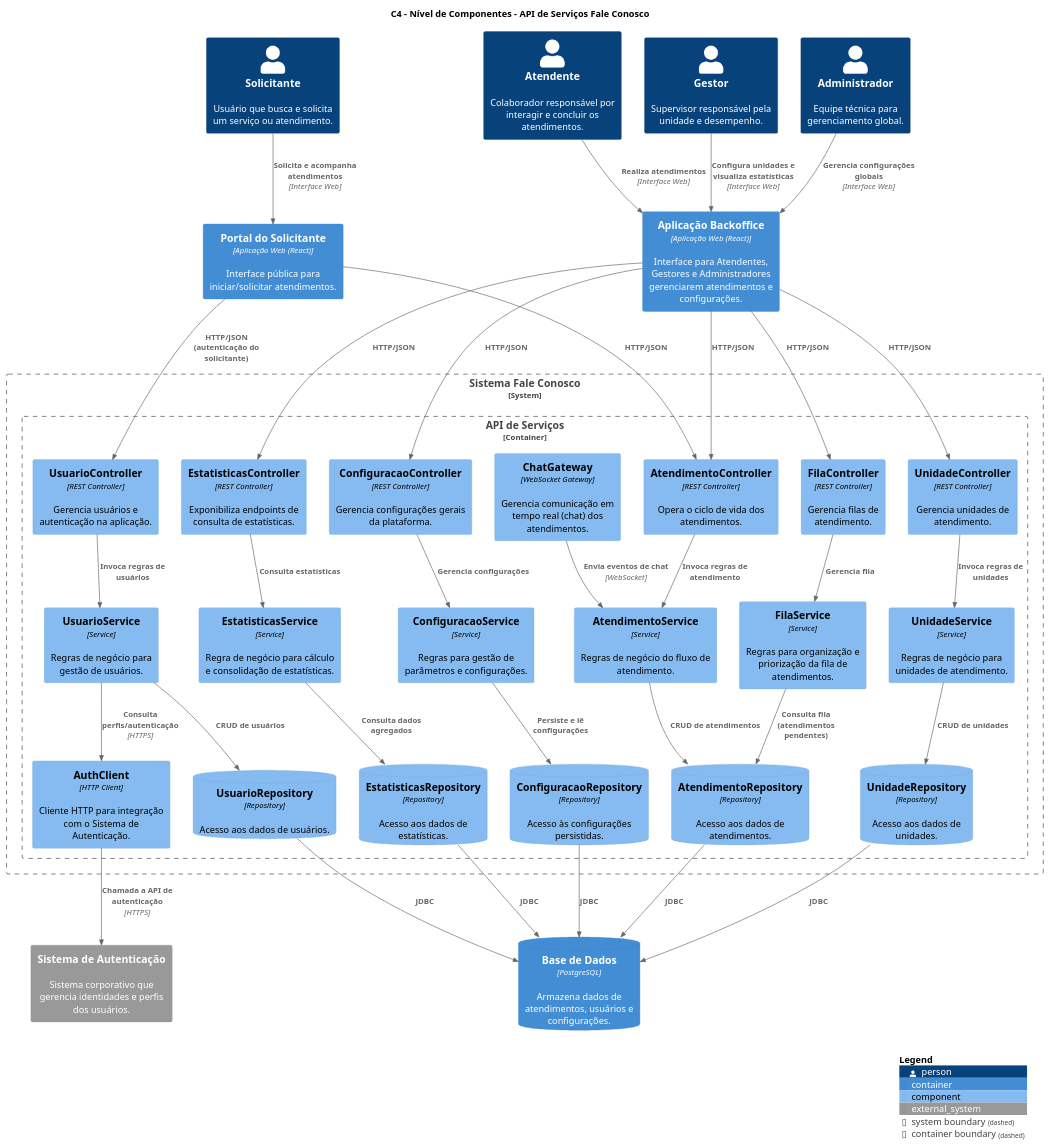
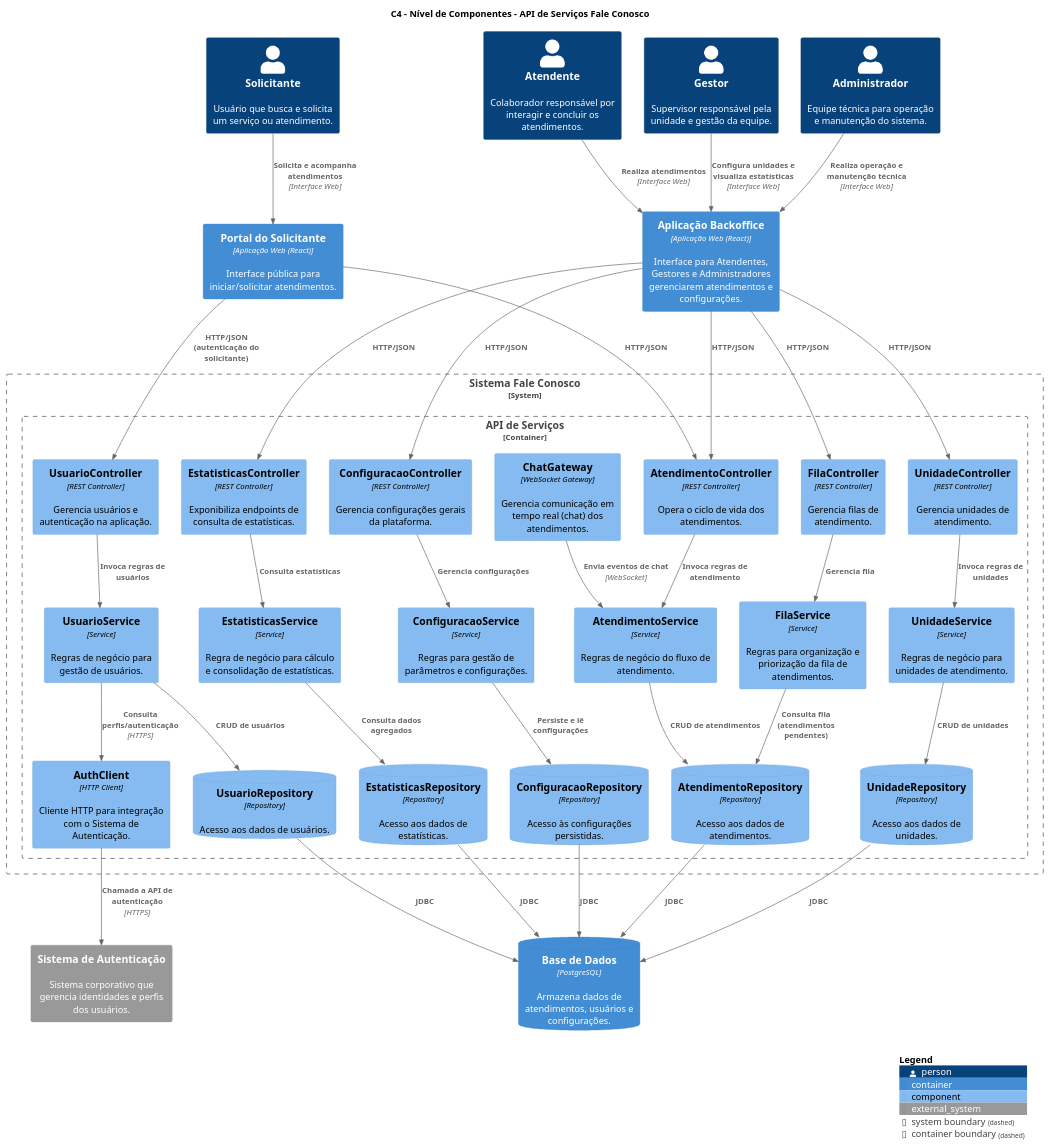
Before and after one commit to DeMesquita/Projeto-Software: the diagram in Trabalho Final/diagrama_componentes.puml, drawn with PlantUML. The commit also changed 4 other files, not shown here.

```diff
--- a/Trabalho Final/diagrama_componentes.puml
+++ b/Trabalho Final/diagrama_componentes.puml
@@ -1,107 +1,105 @@
 @startuml FaleConosco - Componentes
 
 title C4 - Nível de Componentes - API de Serviços Fale Conosco
 
 ' Usa a biblioteca C4 já embutida no PlantUML
 !include <C4/C4_Component.puml>
 
-' -------------------------------------------------------------------
-' Atores e sistemas externos (para manter coerência com o container)
-' -------------------------------------------------------------------
+' Pessoas
 Person(solicitante, "Solicitante", "Usuário que busca e solicita um serviço ou atendimento.")
-Person(atendente,  "Atendente",  "Colaborador responsável por interagir e concluir os atendimentos.")
-Person(gestor,     "Gestor",     "Supervisor responsável pela unidade e desempenho.")
-Person(admin,      "Administrador", "Equipe técnica para gerenciamento global.")
+Person(atendente, "Atendente", "Colaborador responsável por interagir e concluir os atendimentos.")
+Person(gestor, "Gestor", "Supervisor responsável pela unidade e gestão da equipe.")
+Person(admin, "Administrador", "Equipe técnica para operação e manutenção do sistema.")
 
 System_Ext(auth_system, "Sistema de Autenticação", "Sistema corporativo que gerencia identidades e perfis dos usuários.")
 
 ' Containers já existentes no nível de contêineres
 Container(portal_solic,   "Portal do Solicitante", "Aplicação Web (React)", "Interface pública para iniciar/solicitar atendimentos.")
 Container(app_backoffice, "Aplicação Backoffice",  "Aplicação Web (React)", "Interface para Atendentes, Gestores e Administradores gerenciarem atendimentos e configurações.")
 ContainerDb(db,           "Base de Dados", "PostgreSQL", "Armazena dados de atendimentos, usuários e configurações.")
 
 ' -------------------------------------------------------------------
 ' Zoom no container da API de Serviços (nível de componentes)
 ' -------------------------------------------------------------------
 System_Boundary(faleconosco, "Sistema Fale Conosco") {
 
     Container_Boundary(api, "API de Serviços", "Aplicação Java (REST)", "Expõe a lógica de negócio, gerencia filas e integrações.") {
 
         ' Camada de Controllers (entrada HTTP)
         Component(estatisticasController, "EstatisticasController", "REST Controller", "Exponibiliza endpoints de consulta de estatísticas.")
         Component(configuracaoController, "ConfiguracaoController", "REST Controller", "Gerencia configurações gerais da plataforma.")
         Component(filaController,         "FilaController", "REST Controller", "Gerencia filas de atendimento.")
         Component(usuarioController,      "UsuarioController", "REST Controller", "Gerencia usuários e autenticação na aplicação.")
         Component(unidadeController,      "UnidadeController", "REST Controller", "Gerencia unidades de atendimento.")
         Component(atendimentoController,  "AtendimentoController", "REST Controller", "Opera o ciclo de vida dos atendimentos.")
 
         ' Camada de Services (regras de negócio)
         Component(estatisticasService, "EstatisticasService", "Service", "Regra de negócio para cálculo e consolidação de estatísticas.")
         Component(configuracaoService, "ConfiguracaoService", "Service", "Regras para gestão de parâmetros e configurações.")
         Component(filaService,         "FilaService", "Service", "Regras para organização e priorização da fila de atendimentos.")
         Component(usuarioService,      "UsuarioService", "Service", "Regras de negócio para gestão de usuários.")
         Component(unidadeService,      "UnidadeService", "Service", "Regras de negócio para unidades de atendimento.")
         Component(atendimentoService,  "AtendimentoService", "Service", "Regras de negócio do fluxo de atendimento.")
         Component(authClient,          "AuthClient", "HTTP Client", "Cliente HTTP para integração com o Sistema de Autenticação.")
         Component(chatGateway,         "ChatGateway", "WebSocket Gateway", "Gerencia comunicação em tempo real (chat) dos atendimentos.")
 
         ' Camada de Repositórios (persistência)
         ComponentDb(estatisticasRepository, "EstatisticasRepository", "Repository", "Acesso aos dados de estatísticas.")
         ComponentDb(configuracaoRepository, "ConfiguracaoRepository", "Repository", "Acesso às configurações persistidas.")
         ComponentDb(atendimentoRepository,  "AtendimentoRepository", "Repository", "Acesso aos dados de atendimentos.")
         ComponentDb(usuarioRepository,      "UsuarioRepository", "Repository", "Acesso aos dados de usuários.")
         ComponentDb(unidadeRepository,      "UnidadeRepository", "Repository", "Acesso aos dados de unidades.")
     }
 }
 
 ' -------------------------------------------------------------------
 ' Relações entre containers e componentes
 ' -------------------------------------------------------------------
 
 ' Usuários -> containers de interface
 Rel(solicitante, portal_solic, "Solicita e acompanha atendimentos", "Interface Web")
 Rel(atendente,  app_backoffice, "Realiza atendimentos", "Interface Web")
 Rel(gestor,     app_backoffice, "Configura unidades e visualiza estatísticas", "Interface Web")
-Rel(admin,      app_backoffice, "Gerencia configurações globais", "Interface Web")
+Rel(admin,      app_backoffice, "Realiza operação e manutenção técnica", "Interface Web")
 
 ' Portais chamando controllers da API
 Rel(portal_solic,   atendimentoController, "HTTP/JSON")
 Rel(portal_solic,   usuarioController,     "HTTP/JSON (autenticação do solicitante)")
 Rel(app_backoffice, atendimentoController, "HTTP/JSON")
 Rel(app_backoffice, filaController,        "HTTP/JSON")
 Rel(app_backoffice, unidadeController,     "HTTP/JSON")
 Rel(app_backoffice, estatisticasController,"HTTP/JSON")
 Rel(app_backoffice, configuracaoController,"HTTP/JSON")
 
 ' Controllers -> Services
 Rel(atendimentoController,  atendimentoService, "Invoca regras de atendimento")
 Rel(filaController,         filaService,        "Gerencia fila")
 Rel(unidadeController,      unidadeService,     "Invoca regras de unidades")
 Rel(usuarioController,      usuarioService,     "Invoca regras de usuários")
 Rel(estatisticasController, estatisticasService,"Consulta estatísticas")
 Rel(configuracaoController, configuracaoService,"Gerencia configurações")
 
 ' Services -> Repositórios
 Rel(atendimentoService,  atendimentoRepository,  "CRUD de atendimentos")
 Rel(filaService,         atendimentoRepository,  "Consulta fila (atendimentos pendentes)")
 Rel(unidadeService,      unidadeRepository,      "CRUD de unidades")
 Rel(usuarioService,      usuarioRepository,      "CRUD de usuários")
 Rel(estatisticasService, estatisticasRepository, "Consulta dados agregados")
 Rel(configuracaoService, configuracaoRepository, "Persiste e lê configurações")
 
 ' Integração com Sistema de Autenticação via AuthClient
 Rel(usuarioService, authClient, "Consulta perfis/autenticação", "HTTPS")
 Rel(authClient, auth_system,   "Chamada a API de autenticação", "HTTPS")
 
 ' Chat em tempo real ligado ao fluxo de atendimento
 Rel(chatGateway, atendimentoService, "Envia eventos de chat", "WebSocket")
 
 ' Repositórios -> Base de Dados
 Rel(estatisticasRepository, db, "JDBC")
 Rel(configuracaoRepository, db, "JDBC")
 Rel(atendimentoRepository,  db, "JDBC")
 Rel(usuarioRepository,      db, "JDBC")
 Rel(unidadeRepository,      db, "JDBC")
 
 SHOW_LEGEND()
 @enduml
```
